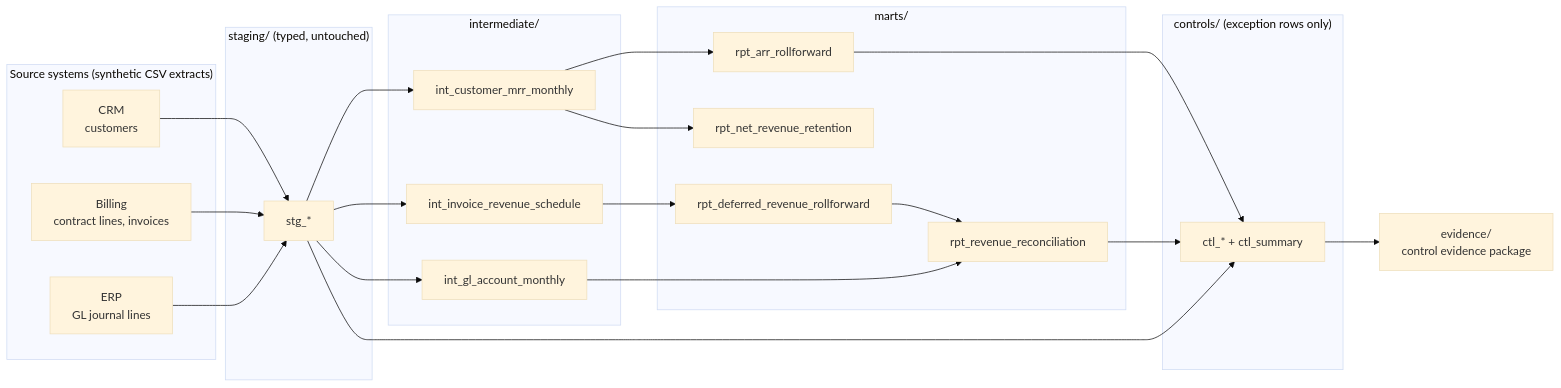
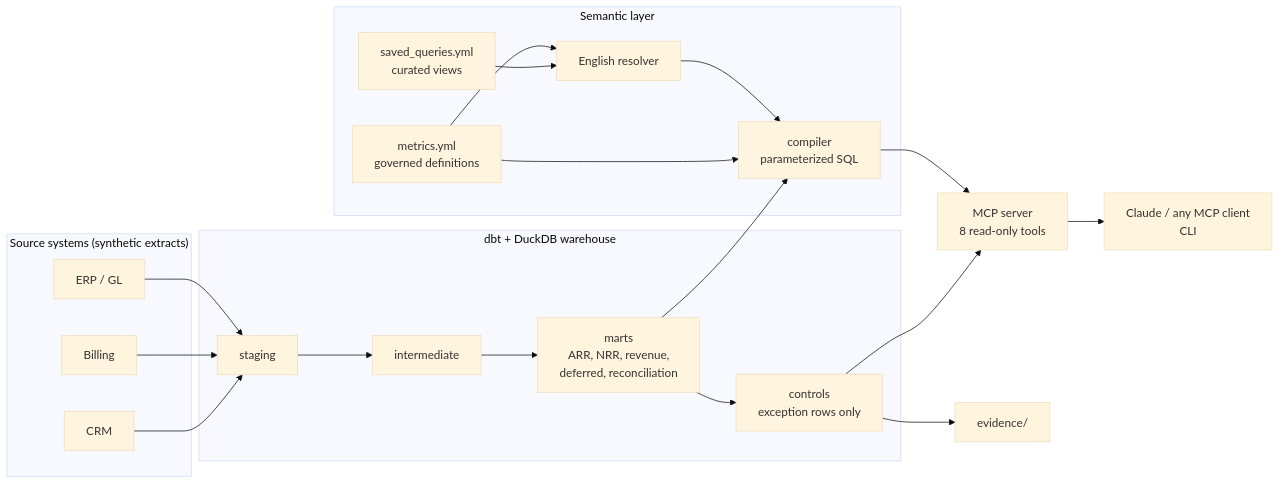
Before and after one commit to cprimbas-mpinc/saas-finance-warehouse: the diagram in README.md, drawn with Mermaid (base theme). The commit also changed other lines of this file and 26 other files, not shown here.

First line of the commit message:
Add governed semantic layer, plain-English resolver and MCP server (v0.2.0)

````diff
--- a/README.md
+++ b/README.md
@@ -38,38 +54,33 @@
 ```mermaid
 flowchart LR
-    subgraph Sources["Source systems (synthetic CSV extracts)"]
-        CRM[CRM<br/>customers]
-        BILL[Billing<br/>contract lines, invoices]
-        ERP[ERP<br/>GL journal lines]
+    subgraph Sources["Source systems (synthetic extracts)"]
+        CRM[CRM]
+        BILL[Billing]
+        ERP[ERP / GL]
     end
-    subgraph Staging["staging/ (typed, untouched)"]
-        S[stg_*]
+    subgraph Warehouse["dbt + DuckDB warehouse"]
+        STG[staging]
+        INT[intermediate]
+        MART[marts<br/>ARR, NRR, revenue,<br/>deferred, reconciliation]
+        CTL[controls<br/>exception rows only]
     end
-    subgraph Int["intermediate/"]
-        MRR[int_customer_mrr_monthly]
-        SCHED[int_invoice_revenue_schedule]
-        GLM[int_gl_account_monthly]
+    subgraph Semantic["Semantic layer"]
+        DEF[metrics.yml<br/>governed definitions]
+        SQ[saved_queries.yml<br/>curated views]
+        COMP[compiler<br/>parameterized SQL]
+        NL[English resolver]
     end
-    subgraph Marts["marts/"]
-        ARR[rpt_arr_rollforward]
-        NRR[rpt_net_revenue_retention]
-        DEF[rpt_deferred_revenue_rollforward]
-        REC[rpt_revenue_reconciliation]
-    end
-    subgraph Controls["controls/ (exception rows only)"]
-        CTL[ctl_* + ctl_summary]
-    end
-    EVD[evidence/<br/>control evidence package]
+    MCP[MCP server<br/>8 read-only tools]
+    USERS[Claude / any MCP client<br/>CLI]
+    EVD[evidence/]
 
-    CRM --> S
-    BILL --> S
-    ERP --> S
-    S --> MRR --> ARR
-    MRR --> NRR
-    S --> SCHED --> DEF --> REC
-    S --> GLM --> REC
-    REC --> CTL
-    ARR --> CTL
-    S --> CTL
-    CTL --> EVD
+    CRM --> STG
+    BILL --> STG
+    ERP --> STG
+    STG --> INT --> MART --> CTL --> EVD
+    MART --> COMP
+    CTL --> MCP
+    DEF --> COMP
+    SQ --> NL
+    DEF --> NL --> COMP --> MCP --> USERS
 ```
````
